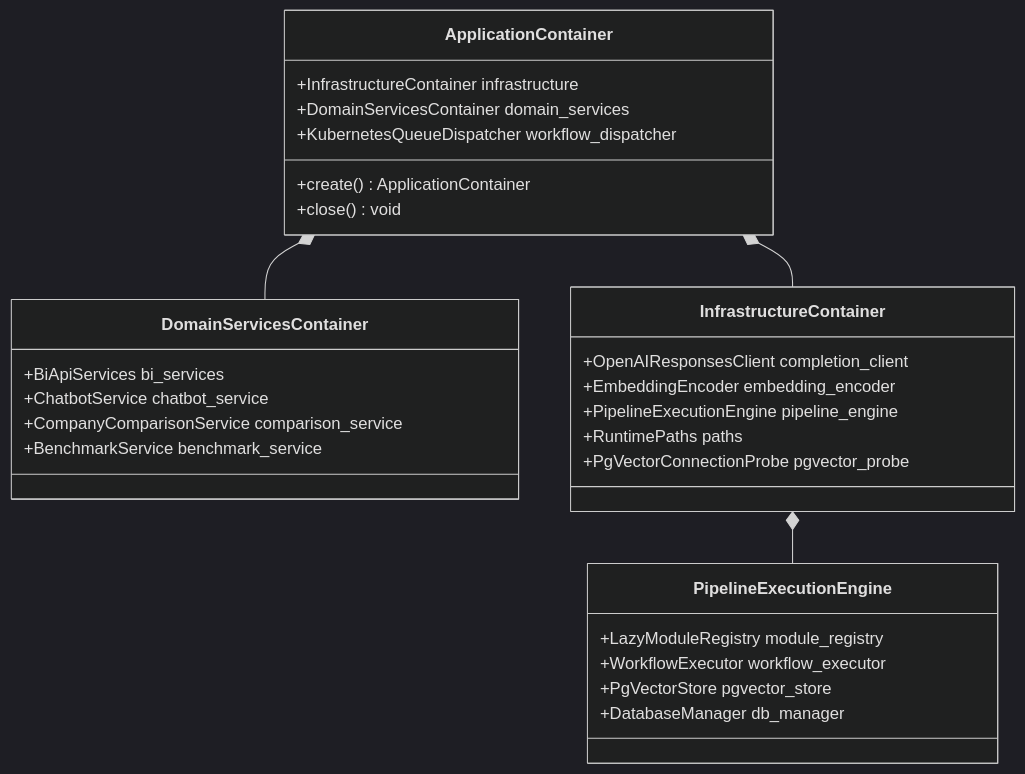
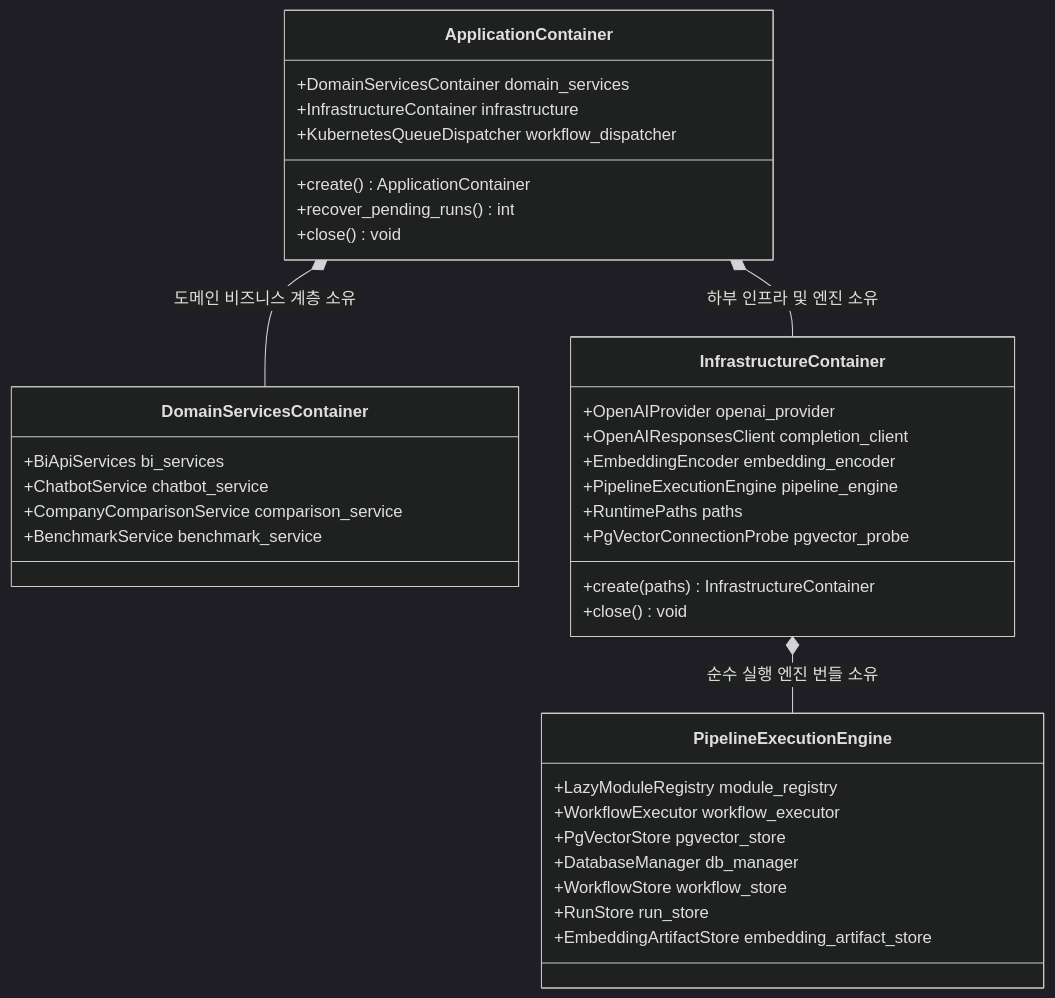
The third of 3 diagrams in docs/01_system_blueprints/BP-101_system_architecture_blueprint.md (bist-mini-final/bist-mini-final), drawn with Mermaid (dark theme) before and after one commit. The commit also changed other lines of this file, not shown here.

Commit message:
docs: unify DI Container class diagram and include DomainServicesContainer in specification matrix table

````diff
--- a/docs/01_system_blueprints/BP-101_system_architecture_blueprint.md
+++ b/docs/01_system_blueprints/BP-101_system_architecture_blueprint.md
@@ -210,36 +148,43 @@
 ```mermaid
 classDiagram
     class ApplicationContainer {
+        +DomainServicesContainer domain_services
         +InfrastructureContainer infrastructure
-        +DomainServicesContainer domain_services
         +KubernetesQueueDispatcher workflow_dispatcher
         +create() ApplicationContainer
+        +recover_pending_runs() int
         +close() void
     }
 
     class DomainServicesContainer {
         +BiApiServices bi_services
         +ChatbotService chatbot_service
         +CompanyComparisonService comparison_service
         +BenchmarkService benchmark_service
     }
 
     class InfrastructureContainer {
+        +OpenAIProvider openai_provider
         +OpenAIResponsesClient completion_client
         +EmbeddingEncoder embedding_encoder
         +PipelineExecutionEngine pipeline_engine
         +RuntimePaths paths
         +PgVectorConnectionProbe pgvector_probe
+        +create(paths) InfrastructureContainer
+        +close() void
     }
 
     class PipelineExecutionEngine {
         +LazyModuleRegistry module_registry
         +WorkflowExecutor workflow_executor
         +PgVectorStore pgvector_store
         +DatabaseManager db_manager
+        +WorkflowStore workflow_store
+        +RunStore run_store
+        +EmbeddingArtifactStore embedding_artifact_store
     }
 
-    ApplicationContainer *-- InfrastructureContainer
-    ApplicationContainer *-- DomainServicesContainer
-    InfrastructureContainer *-- PipelineExecutionEngine
+    ApplicationContainer *-- DomainServicesContainer : 도메인 비즈니스 계층 소유
+    ApplicationContainer *-- InfrastructureContainer : 하부 인프라 및 엔진 소유
+    InfrastructureContainer *-- PipelineExecutionEngine : 순수 실행 엔진 번들 소유
 ```
````
